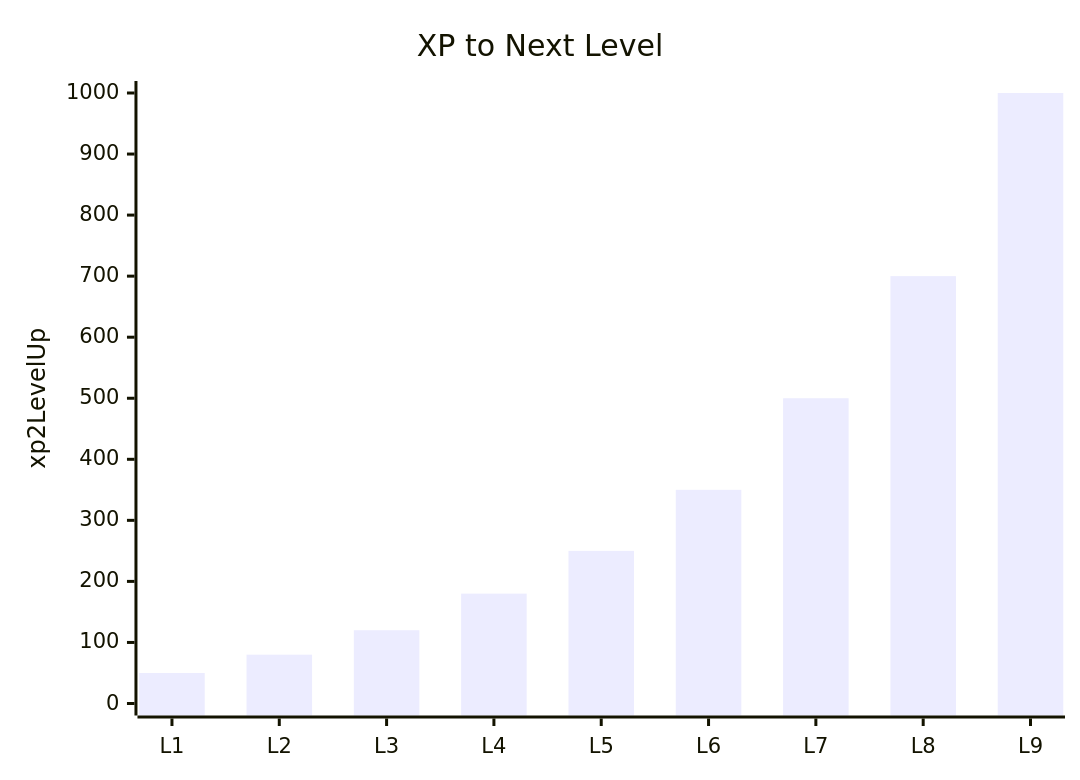
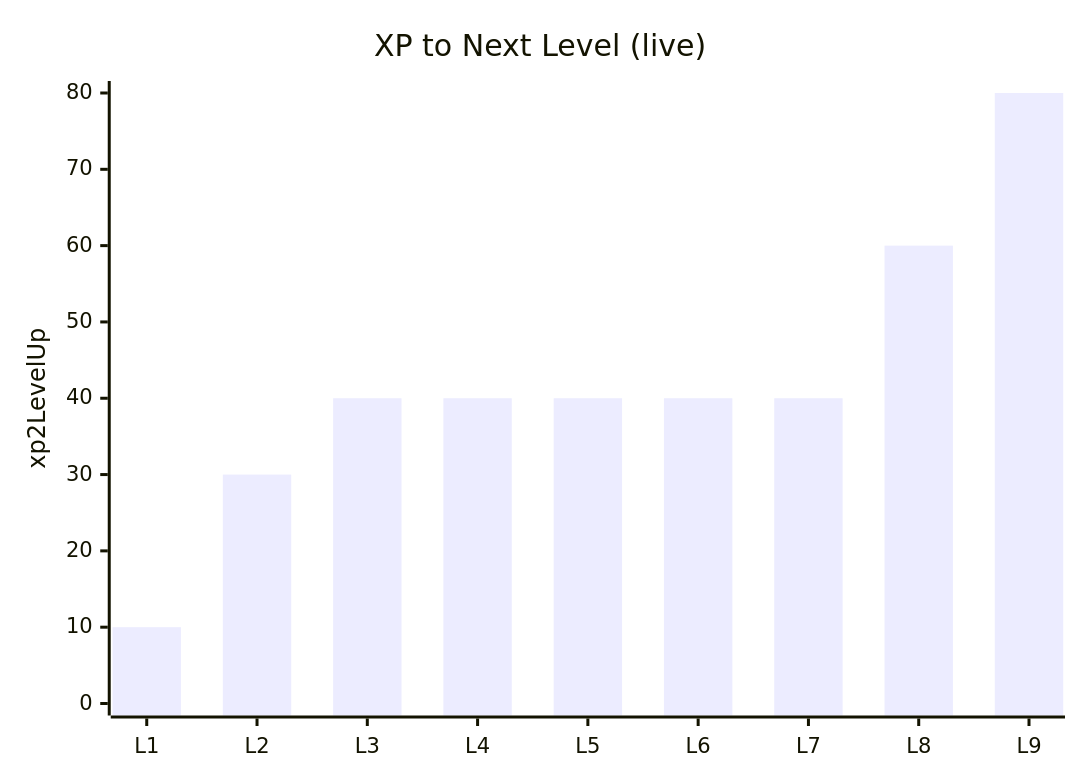
The second of 5 diagrams in docs/game-design/phase-1-plan.md (Razarion/razarion), drawn with Mermaid before and after one commit. The commit also changed other lines of this file and 16 other files, not shown here.

````diff
--- a/docs/game-design/phase-1-plan.md
+++ b/docs/game-design/phase-1-plan.md
@@ -216,7 +241,7 @@
 ```mermaid
 xychart-beta
-    title "XP to Next Level"
+    title "XP to Next Level (live)"
     x-axis ["L1", "L2", "L3", "L4", "L5", "L6", "L7", "L8", "L9"]
-    y-axis "xp2LevelUp" 0 --> 1000
-    bar [50, 80, 120, 180, 250, 350, 500, 700, 1000]
+    y-axis "xp2LevelUp" 0 --> 80
+    bar [10, 30, 40, 40, 40, 40, 40, 60, 80]
 ```
````
